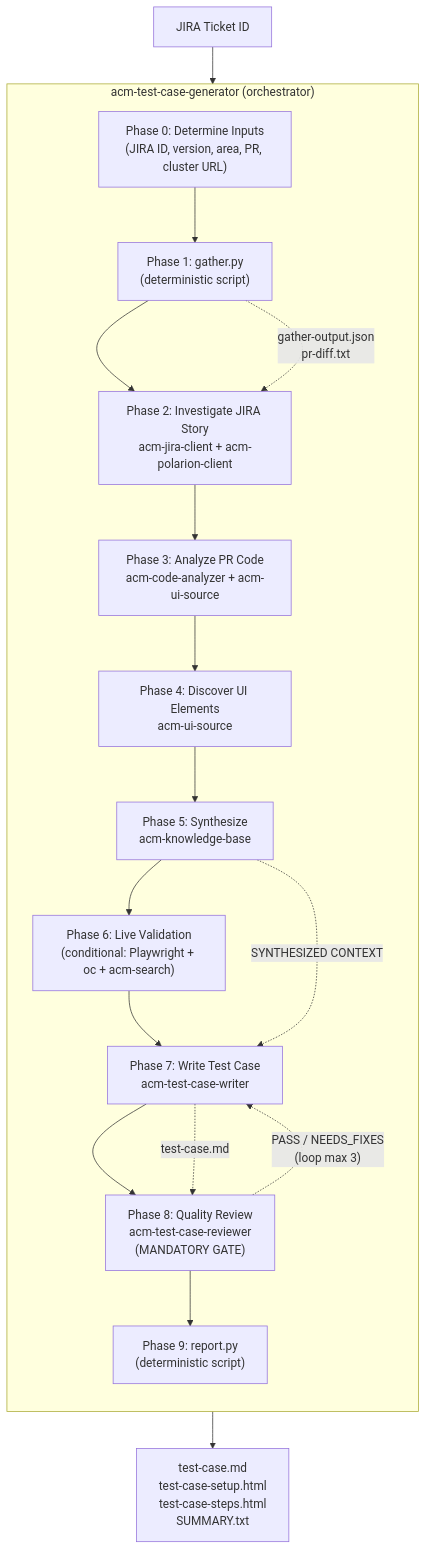
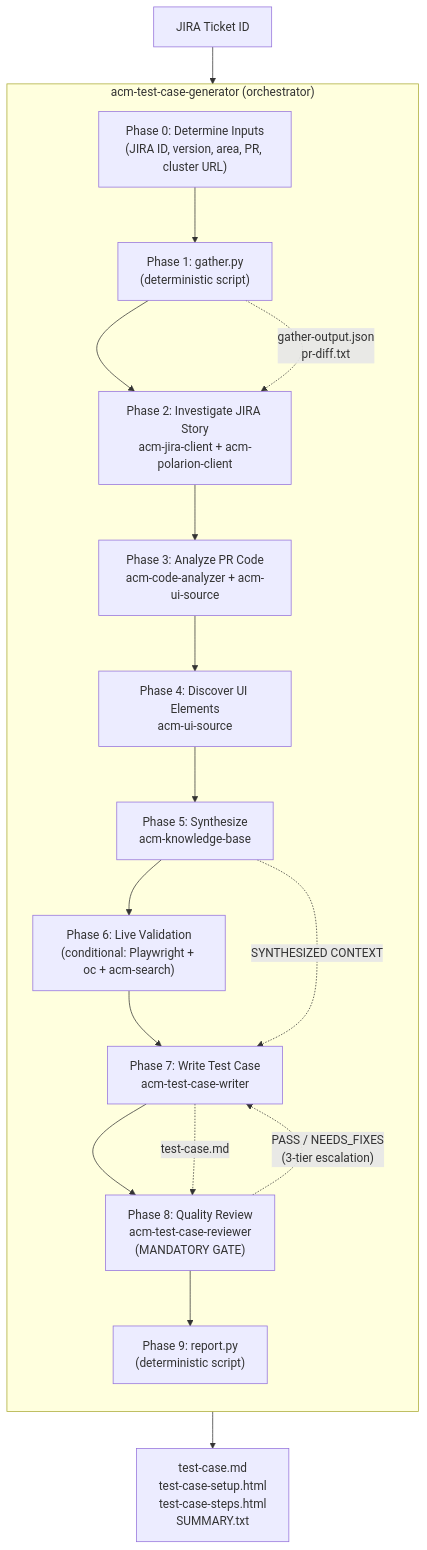
One commit to stolostron/acm-ai-qe changed the first of 7 diagrams in apps/test-case-generator/docs/07-SKILL-ARCHITECTURE.md. Above: the diagram before and after it, drawn with Mermaid. The commit also changed other lines of this file and 12 other files, not shown here.

````diff
--- a/apps/test-case-generator/docs/07-SKILL-ARCHITECTURE.md
+++ b/apps/test-case-generator/docs/07-SKILL-ARCHITECTURE.md
@@ -52,35 +52,35 @@
 ```mermaid
 flowchart TD
     JIRA["JIRA Ticket ID"] --> TCG
 
     subgraph TCG["acm-test-case-generator (orchestrator)"]
         direction TB
 
         P0["Phase 0: Determine Inputs\n(JIRA ID, version, area, PR, cluster URL)"]
         P1["Phase 1: gather.py\n(deterministic script)"]
         P2["Phase 2: Investigate JIRA Story\nacm-jira-client + acm-polarion-client"]
         P3["Phase 3: Analyze PR Code\nacm-code-analyzer + acm-ui-source"]
         P4["Phase 4: Discover UI Elements\nacm-ui-source"]
         P5["Phase 5: Synthesize\nacm-knowledge-base"]
         P6["Phase 6: Live Validation\n(conditional: Playwright + oc + acm-search)"]
         P7["Phase 7: Write Test Case\nacm-test-case-writer"]
         P8["Phase 8: Quality Review\nacm-test-case-reviewer\n(MANDATORY GATE)"]
         P9["Phase 9: report.py\n(deterministic script)"]
 
         P0 --> P1
         P1 --> P2
         P2 --> P3
         P3 --> P4
         P4 --> P5
         P5 --> P6
         P6 --> P7
         P7 --> P8
         P8 --> P9
     end
 
     P1 -. "gather-output.json\npr-diff.txt" .-> P2
     P5 -. "SYNTHESIZED CONTEXT" .-> P7
     P7 -. "test-case.md" .-> P8
-    P8 -. "PASS / NEEDS_FIXES\n(loop max 3)" .-> P7
+    P8 -. "PASS / NEEDS_FIXES\n(3-tier escalation)" .-> P7
     P9 --> OUT["test-case.md\ntest-case-setup.html\ntest-case-steps.html\nSUMMARY.txt"]
 ```
````
